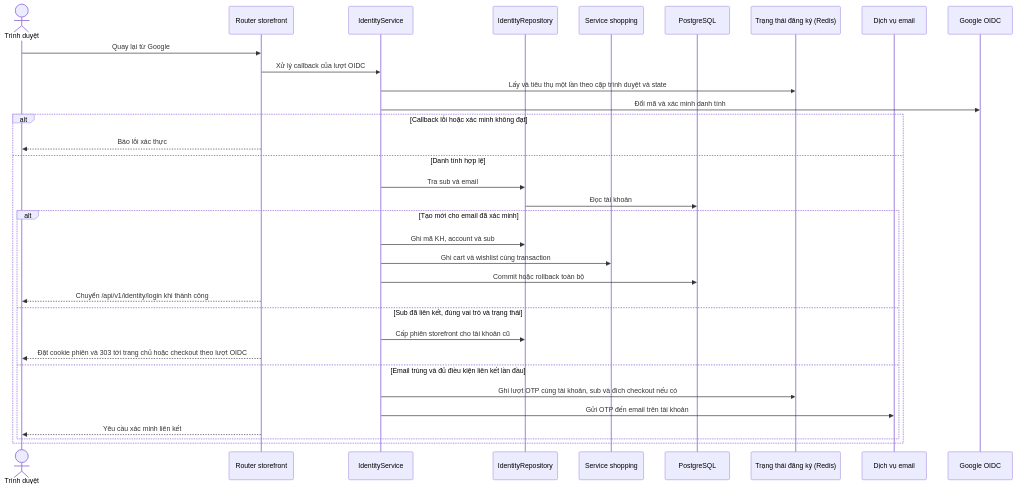
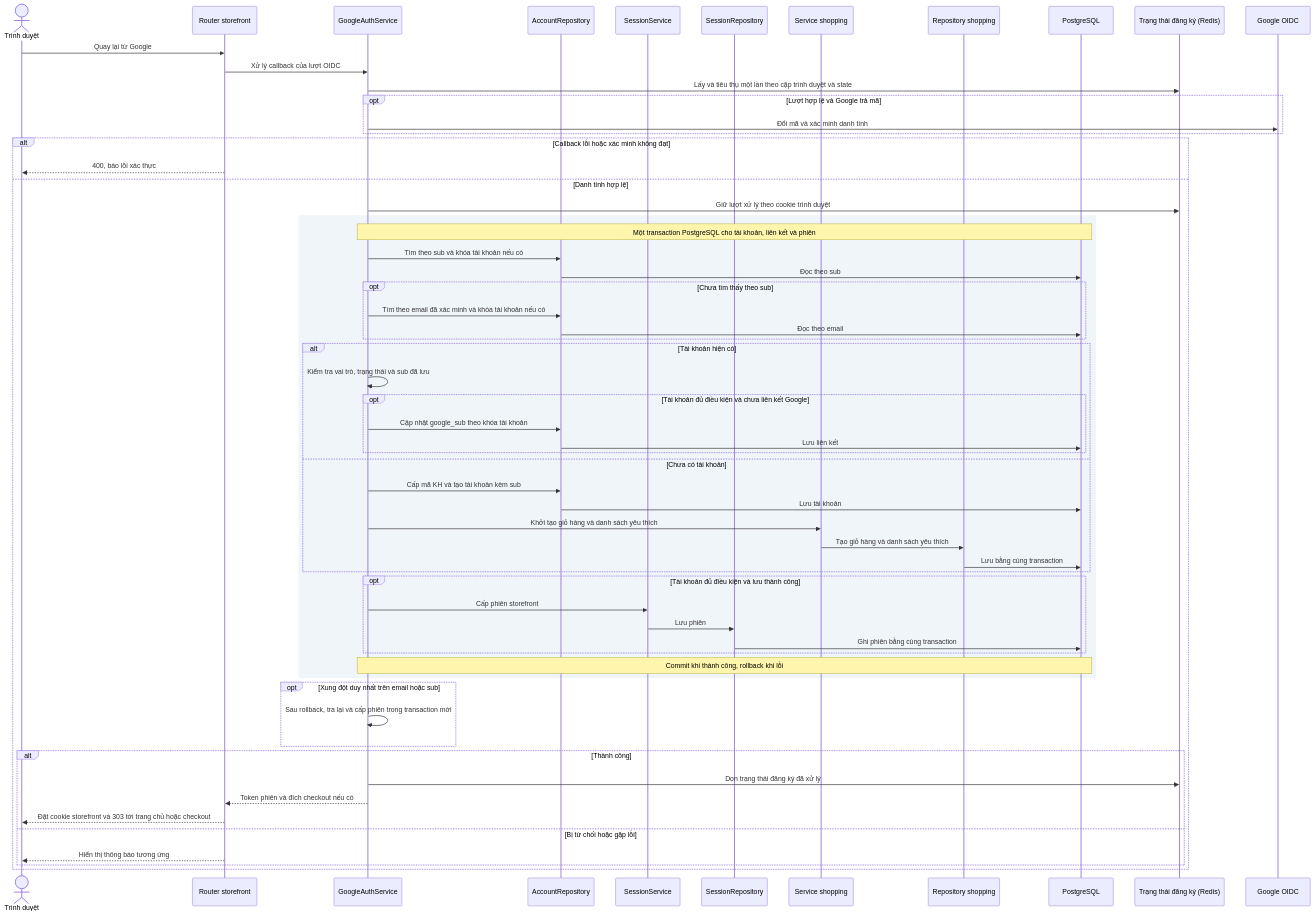
Before and after one commit to thanhklt/sobie-swimwear-e-commerce: the diagram in docs/sequence/identity/get-register-google-callback.md, drawn with Mermaid. The commit also changed 127 other files, not shown here.

````diff
--- a/docs/sequence/identity/get-register-google-callback.md
+++ b/docs/sequence/identity/get-register-google-callback.md
@@ -5,35 +5,63 @@
 ```mermaid
 sequenceDiagram
     actor Browser as Trình duyệt
     participant Route as Router storefront
-    participant Service as IdentityService
-    participant Repo as IdentityRepository
+    participant Service as GoogleAuthService
+    participant Repo as AccountRepository
+    participant Sessions as SessionService
+    participant SessionRepo as SessionRepository
     participant Shopping as Service shopping
+    participant ShoppingRepo as Repository shopping
     participant DB as PostgreSQL
     participant Redis as Trạng thái đăng ký (Redis)
-    participant Mail as Dịch vụ email
     participant Google as Google OIDC
     Browser->>Route: Quay lại từ Google
     Route->>Service: Xử lý callback của lượt OIDC
     Service->>Redis: Lấy và tiêu thụ một lần theo cặp trình duyệt và state
-    Service->>Google: Đổi mã và xác minh danh tính
+    opt Lượt hợp lệ và Google trả mã
+        Service->>Google: Đổi mã và xác minh danh tính
+    end
     alt Callback lỗi hoặc xác minh không đạt
-        Route-->>Browser: Báo lỗi xác thực
+        Route-->>Browser: 400, báo lỗi xác thực
     else Danh tính hợp lệ
-        Service->>Repo: Tra sub và email
-        Repo->>DB: Đọc tài khoản
-        alt Tạo mới cho email đã xác minh
-            Service->>Repo: Ghi mã KH, account và sub
-            Service->>Shopping: Ghi cart và wishlist cùng transaction
-            Service->>DB: Commit hoặc rollback toàn bộ
-            Route-->>Browser: Chuyển /api/v1/identity/login khi thành công
-        else Sub đã liên kết, đúng vai trò và trạng thái
-            Service->>Repo: Cấp phiên storefront cho tài khoản cũ
-            Route-->>Browser: Đặt cookie phiên và 303 tới trang chủ hoặc checkout theo lượt OIDC
-        else Email trùng và đủ điều kiện liên kết lần đầu
-            Service->>Redis: Ghi lượt OTP cùng tài khoản, sub và đích checkout nếu có
-            Service->>Mail: Gửi OTP đến email trên tài khoản
-            Route-->>Browser: Yêu cầu xác minh liên kết
+        Service->>Redis: Giữ lượt xử lý theo cookie trình duyệt
+        rect rgb(240, 245, 250)
+            Note over Service,DB: Một transaction PostgreSQL cho tài khoản, liên kết và phiên
+            Service->>Repo: Tìm theo sub và khóa tài khoản nếu có
+            Repo->>DB: Đọc theo sub
+            opt Chưa tìm thấy theo sub
+                Service->>Repo: Tìm theo email đã xác minh và khóa tài khoản nếu có
+                Repo->>DB: Đọc theo email
+            end
+            alt Tài khoản hiện có
+                Service->>Service: Kiểm tra vai trò, trạng thái và sub đã lưu
+                opt Tài khoản đủ điều kiện và chưa liên kết Google
+                    Service->>Repo: Cập nhật google_sub theo khóa tài khoản
+                    Repo->>DB: Lưu liên kết
+                end
+            else Chưa có tài khoản
+                Service->>Repo: Cấp mã KH và tạo tài khoản kèm sub
+                Repo->>DB: Lưu tài khoản
+                Service->>Shopping: Khởi tạo giỏ hàng và danh sách yêu thích
+                Shopping->>ShoppingRepo: Tạo giỏ hàng và danh sách yêu thích
+                ShoppingRepo->>DB: Lưu bằng cùng transaction
+            end
+            opt Tài khoản đủ điều kiện và lưu thành công
+                Service->>Sessions: Cấp phiên storefront
+                Sessions->>SessionRepo: Lưu phiên
+                SessionRepo->>DB: Ghi phiên bằng cùng transaction
+            end
+            Note over Service,DB: Commit khi thành công, rollback khi lỗi
+        end
+        opt Xung đột duy nhất trên email hoặc sub
+            Service->>Service: Sau rollback, tra lại và cấp phiên trong transaction mới
+        end
+        alt Thành công
+            Service->>Redis: Dọn trạng thái đăng ký đã xử lý
+            Service-->>Route: Token phiên và đích checkout nếu có
+            Route-->>Browser: Đặt cookie storefront và 303 tới trang chủ hoặc checkout
+        else Bị từ chối hoặc gặp lỗi
+            Route-->>Browser: Hiển thị thông báo tương ứng
         end
     end
 ```
````
